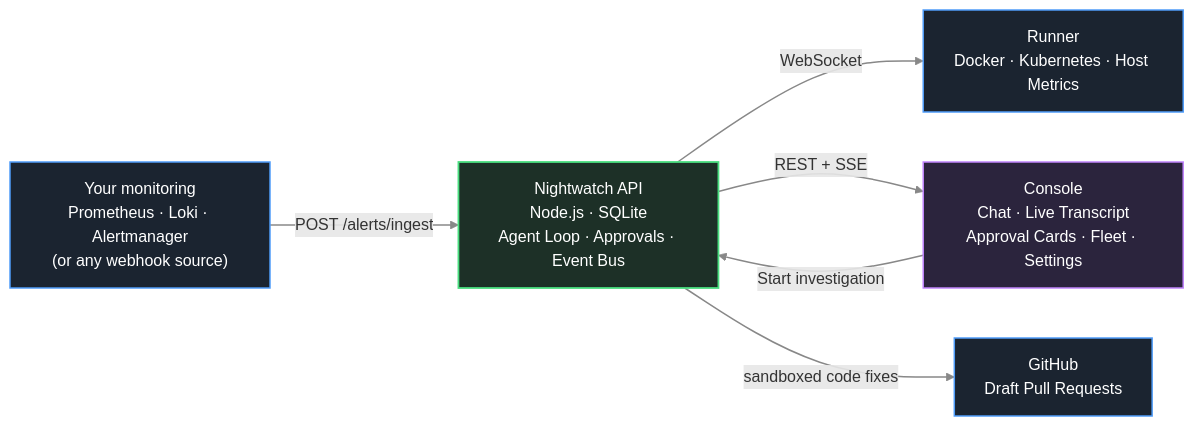
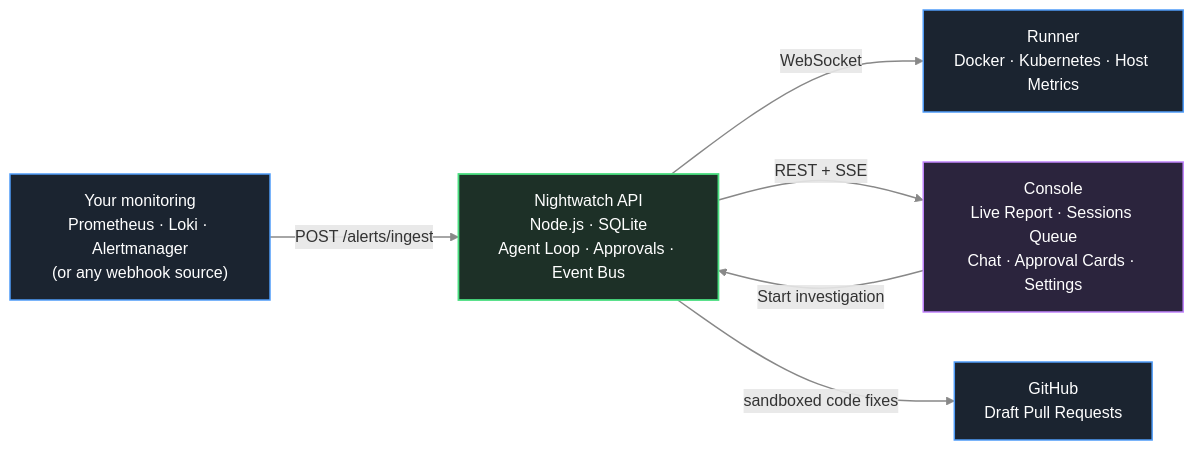
The diagram in README.md (PrabhatMattoo/NightWarden), drawn with Mermaid before and after one commit. The commit also changed other lines of this file, not shown here.

First line of the commit message:
docs(readme): document the report-first console

````diff
--- a/README.md
+++ b/README.md
@@ -19,32 +19,32 @@
 ```mermaid
 flowchart LR
 
 %% Infrastructure
 monitoring["Your monitoring<br/>Prometheus · Loki · Alertmanager<br/>(or any webhook source)"]
 runner["Runner<br/>Docker · Kubernetes · Host Metrics"]
 
 %% Brain
 api["Nightwatch API<br/>Node.js · SQLite<br/>Agent Loop · Approvals · Event Bus"]
 
 %% UI
-console["Console<br/>Chat · Live Transcript<br/>Approval Cards · Fleet · Settings"]
+console["Console<br/>Live Report · Sessions Queue<br/>Chat · Approval Cards · Settings"]
 
 %% Code
 github["GitHub<br/>Draft Pull Requests"]
 
 monitoring -- POST /alerts/ingest --> api
 console -- Start investigation --> api
 api -- WebSocket --> runner
 api -- REST + SSE --> console
 api -- sandboxed code fixes --> github
 
 classDef infra fill:#1b2430,stroke:#4f9cf9,color:#fff,stroke-width:1.5;
 classDef api fill:#1d3027,stroke:#4ade80,color:#fff,stroke-width:1.8;
 classDef ui fill:#2b243d,stroke:#c084fc,color:#fff,stroke-width:1.5;
 
 class monitoring,runner,github infra;
 class api api;
 class console ui;
 
 linkStyle default stroke:#888,stroke-width:1.5;
 ```
````
